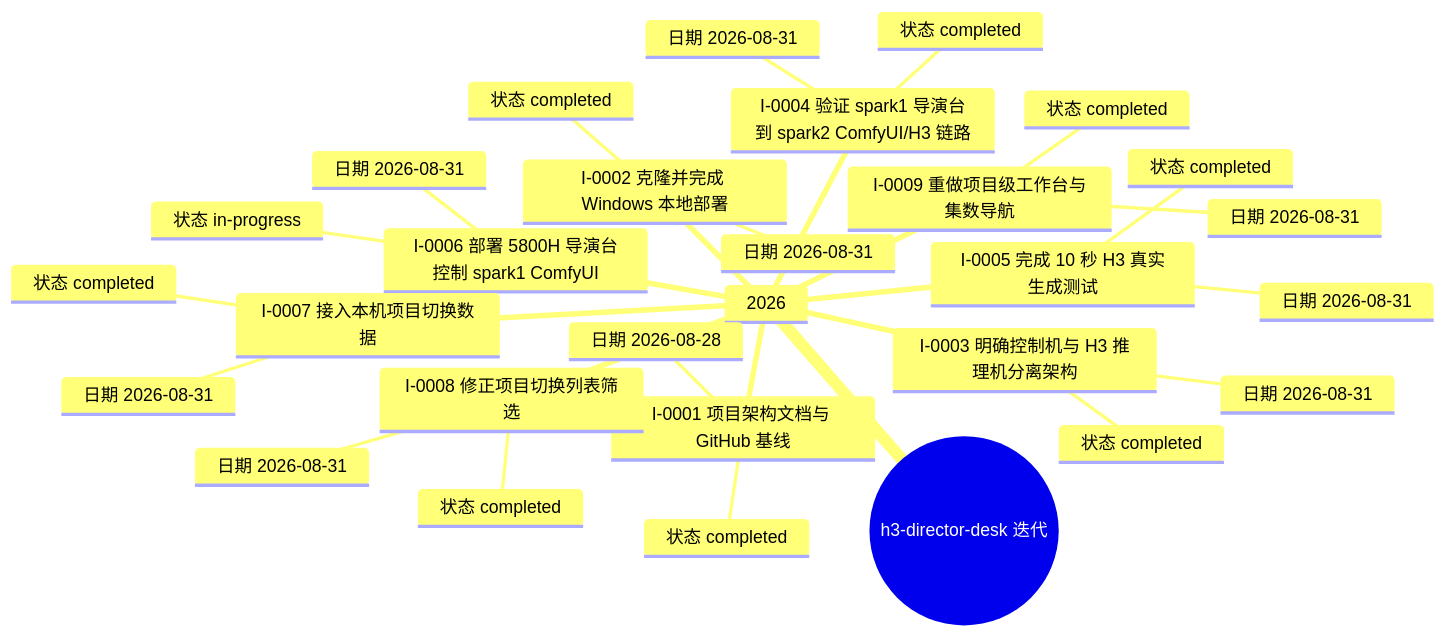
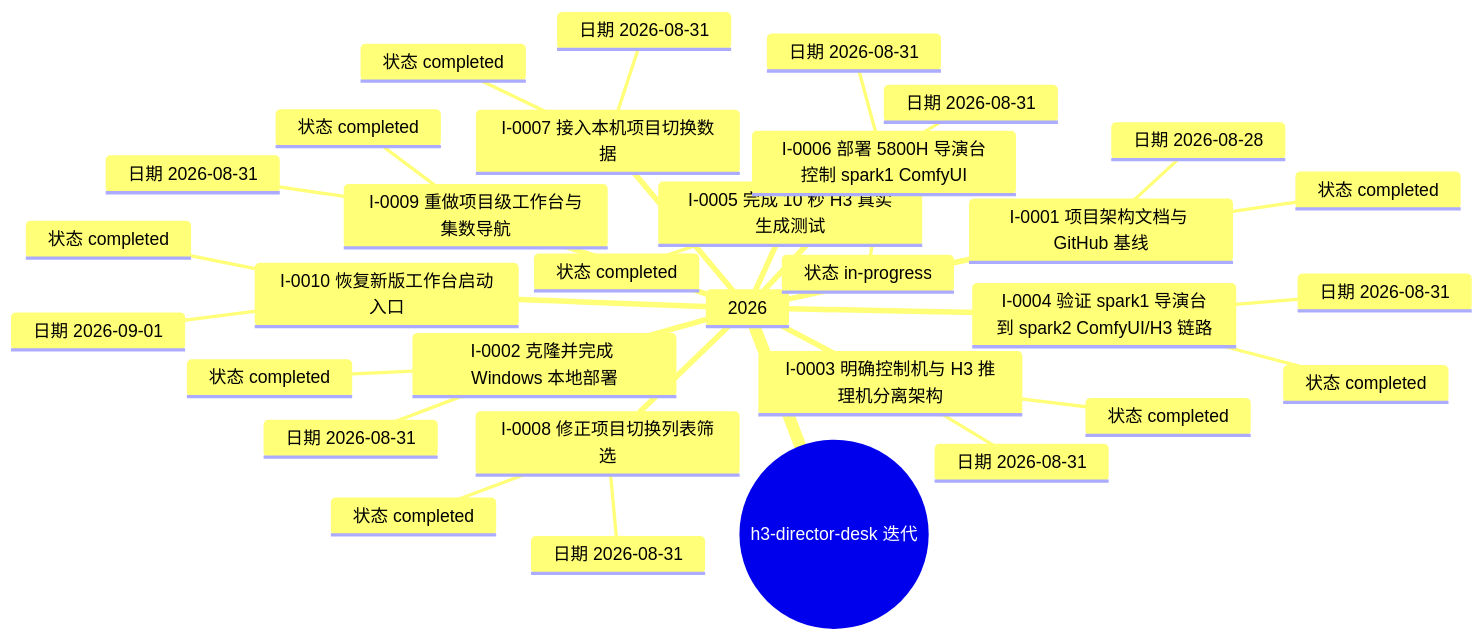
One commit to Exalex/h3-director-desk changed the diagram in docs/project-evolution/mindmaps/iterations.md. Above: the diagram before and after it, drawn with Mermaid. The commit also changed other lines of this file and 7 other files, not shown here.

````diff
--- a/docs/project-evolution/mindmaps/iterations.md
+++ b/docs/project-evolution/mindmaps/iterations.md
@@ -5,32 +5,35 @@
 ```mermaid
 mindmap
   root((h3-director-desk 迭代))
     2026
       I-0001 项目架构文档与 GitHub 基线
         状态 completed
         日期 2026-08-28
       I-0002 克隆并完成 Windows 本地部署
         状态 completed
         日期 2026-08-31
       I-0003 明确控制机与 H3 推理机分离架构
         状态 completed
         日期 2026-08-31
       I-0004 验证 spark1 导演台到 spark2 ComfyUI/H3 链路
         状态 completed
         日期 2026-08-31
       I-0005 完成 10 秒 H3 真实生成测试
         状态 completed
         日期 2026-08-31
       I-0006 部署 5800H 导演台控制 spark1 ComfyUI
         状态 in-progress
         日期 2026-08-31
       I-0007 接入本机项目切换数据
         状态 completed
         日期 2026-08-31
       I-0008 修正项目切换列表筛选
         状态 completed
         日期 2026-08-31
       I-0009 重做项目级工作台与集数导航
         状态 completed
         日期 2026-08-31
+      I-0010 恢复新版工作台启动入口
+        状态 completed
+        日期 2026-09-01
 ```
````
